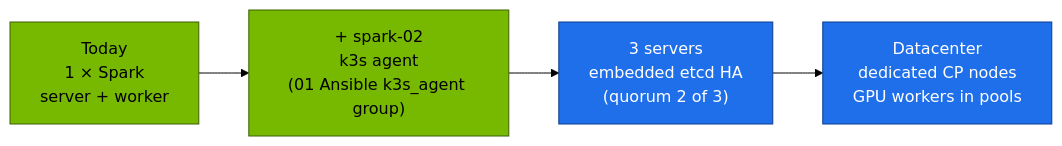
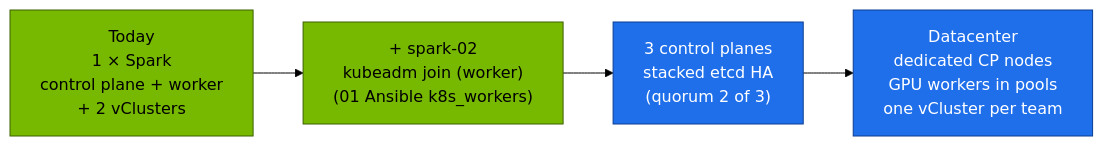
One commit to cloudone365/technical-depth changed the third of 3 diagrams in 02 Kubernetes/01-kubernetes-core-architecture.md. Above: the diagram before and after it, drawn with Mermaid (forest theme). The commit also changed other lines of this file and 5 other files, not shown here.

````diff
--- a/02 Kubernetes/01-kubernetes-core-architecture.md
+++ b/02 Kubernetes/01-kubernetes-core-architecture.md
@@ -301,10 +390,10 @@
 ```mermaid
 flowchart LR
-  A["Today<br/>1 × Spark<br/>server + worker"] --> B["+ spark-02<br/>k3s agent<br/>(01 Ansible k3s_agent group)"]
-  B --> C["3 servers<br/>embedded etcd HA<br/>(quorum 2 of 3)"]
-  C --> D["Datacenter<br/>dedicated CP nodes<br/>GPU workers in pools"]
+  A["Today<br/>1 × Spark<br/>control plane + worker<br/>+ 2 vClusters"] --> B["+ spark-02<br/>kubeadm join (worker)<br/>(01 Ansible k8s_workers)"]
+  B --> C["3 control planes<br/>stacked etcd HA<br/>(quorum 2 of 3)"]
+  C --> D["Datacenter<br/>dedicated CP nodes<br/>GPU workers in pools<br/>one vCluster per team"]
   classDef gpu fill:#76b900,stroke:#3d6000,color:#000
   classDef ctrl fill:#1f6feb,stroke:#0b3d91,color:#fff
   class A,B gpu
   class C,D ctrl
 ```
````
